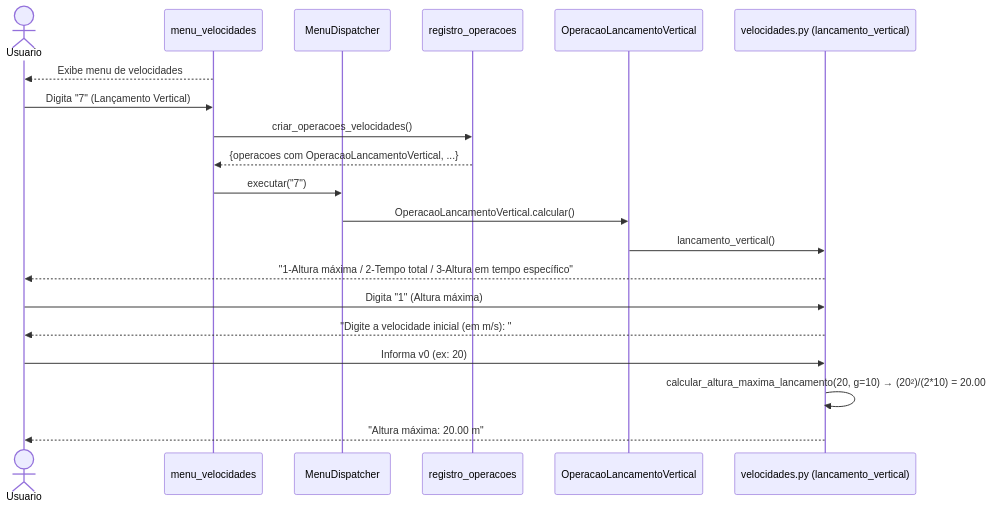
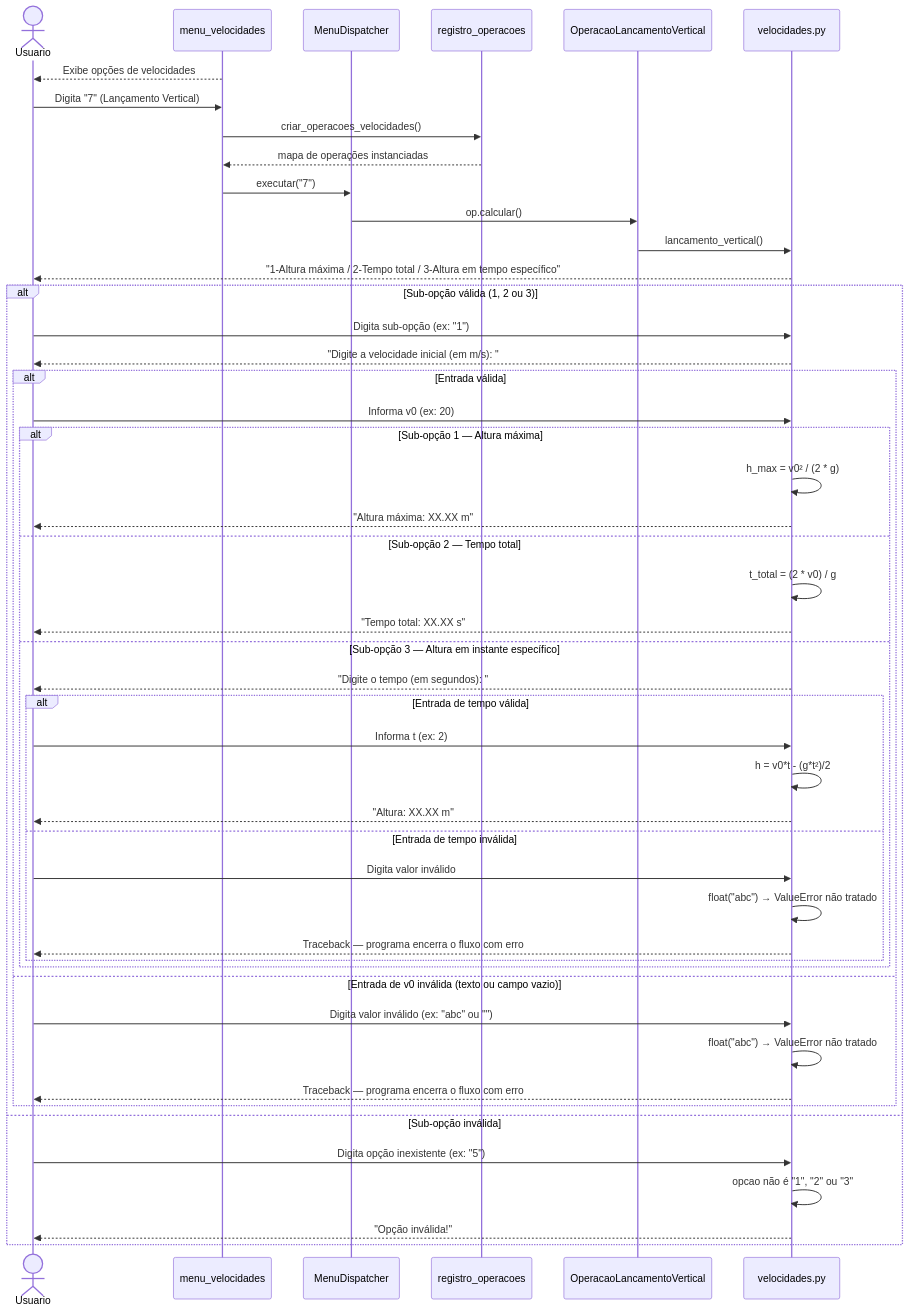
The diagram in Docs/Diagramas de sequência/DS_US07_LancamentoVertical.md (software-engineering-labs-ifrn/2026-1-Jonathan), drawn with Mermaid before and after one commit. The commit also changed other lines of this file and 10 other files, not shown here.

Commit message:
Fix: corrige diagramas

````diff
--- a/Docs/Diagramas de sequência/DS_US07_LancamentoVertical.md
+++ b/Docs/Diagramas de sequência/DS_US07_LancamentoVertical.md
@@ -9,24 +7,56 @@
 ```mermaid
 sequenceDiagram
     actor Usuario
     participant MenuVel as menu_velocidades
     participant Dispatcher as MenuDispatcher
     participant Registro as registro_operacoes
     participant Op as OperacaoLancamentoVertical
-    participant Calc as velocidades.py (lancamento_vertical)
+    participant Calc as velocidades.py
 
-    MenuVel-->>Usuario: Exibe menu de velocidades
+    MenuVel-->>Usuario: Exibe opções de velocidades
     Usuario->>MenuVel: Digita "7" (Lançamento Vertical)
     MenuVel->>Registro: criar_operacoes_velocidades()
-    Registro-->>MenuVel: {operacoes com OperacaoLancamentoVertical, ...}
+    Registro-->>MenuVel: mapa de operações instanciadas
     MenuVel->>Dispatcher: executar("7")
-    Dispatcher->>Op: OperacaoLancamentoVertical.calcular()
+    Dispatcher->>Op: op.calcular()
     Op->>Calc: lancamento_vertical()
     Calc-->>Usuario: "1-Altura máxima / 2-Tempo total / 3-Altura em tempo específico"
 
-    Usuario->>Calc: Digita "1" (Altura máxima)
-    Calc-->>Usuario: "Digite a velocidade inicial (em m/s): "
-    Usuario->>Calc: Informa v0 (ex: 20)
-    Calc->>Calc: calcular_altura_maxima_lancamento(20, g=10) → (20²)/(2*10) = 20.00
-    Calc-->>Usuario: "Altura máxima: 20.00 m"
+    alt Sub-opção válida (1, 2 ou 3)
+        Usuario->>Calc: Digita sub-opção (ex: "1")
+        Calc-->>Usuario: "Digite a velocidade inicial (em m/s): "
+
+        alt Entrada válida
+            Usuario->>Calc: Informa v0 (ex: 20)
+
+            alt Sub-opção 1 — Altura máxima
+                Calc->>Calc: h_max = v0² / (2 * g)
+                Calc-->>Usuario: "Altura máxima: XX.XX m"
+            else Sub-opção 2 — Tempo total
+                Calc->>Calc: t_total = (2 * v0) / g
+                Calc-->>Usuario: "Tempo total: XX.XX s"
+            else Sub-opção 3 — Altura em instante específico
+                Calc-->>Usuario: "Digite o tempo (em segundos): "
+                alt Entrada de tempo válida
+                    Usuario->>Calc: Informa t (ex: 2)
+                    Calc->>Calc: h = v0*t - (g*t²)/2
+                    Calc-->>Usuario: "Altura: XX.XX m"
+                else Entrada de tempo inválida
+                    Usuario->>Calc: Digita valor inválido
+                    Calc->>Calc: float("abc") → ValueError não tratado
+                    Calc-->>Usuario: Traceback — programa encerra o fluxo com erro
+                end
+            end
+
+        else Entrada de v0 inválida (texto ou campo vazio)
+            Usuario->>Calc: Digita valor inválido (ex: "abc" ou "")
+            Calc->>Calc: float("abc") → ValueError não tratado
+            Calc-->>Usuario: Traceback — programa encerra o fluxo com erro
+        end
+
+    else Sub-opção inválida
+        Usuario->>Calc: Digita opção inexistente (ex: "5")
+        Calc->>Calc: opcao não é "1", "2" ou "3"
+        Calc-->>Usuario: "Opção inválida!"
+    end
 ```
````
